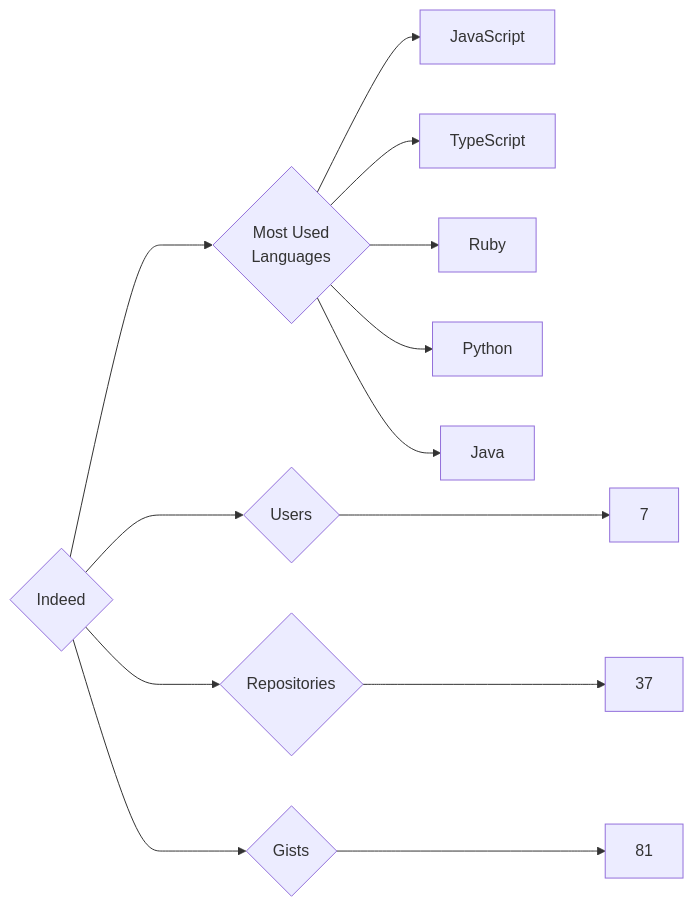
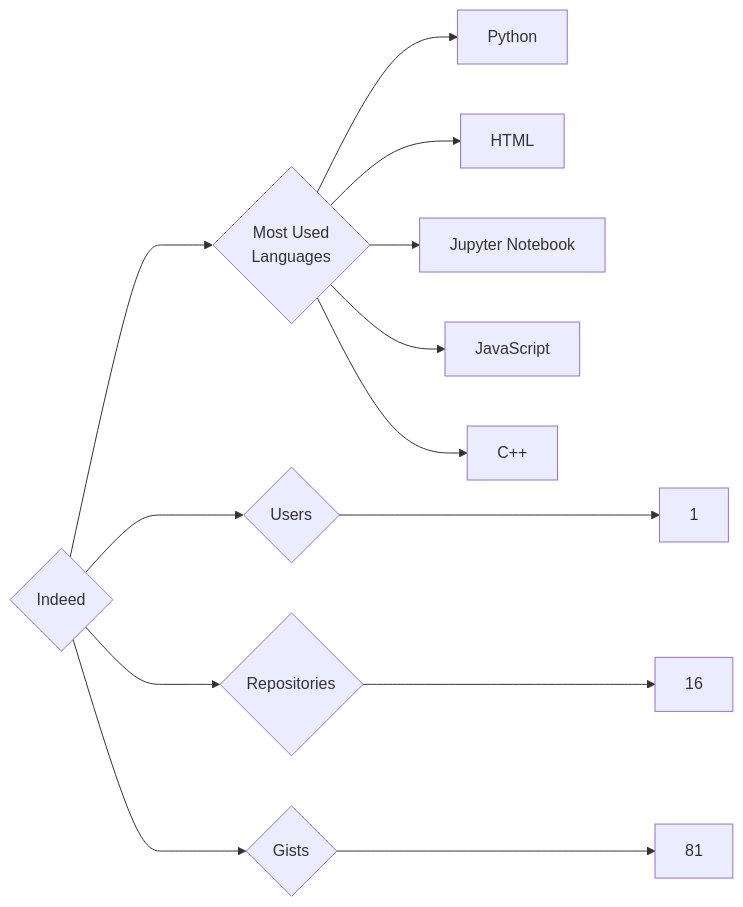
The diagram in targets/Indeed/README.md (trickest/insiders), drawn with Mermaid before and after one commit. The commit also changed 914 other files, not shown here.

````diff
--- a/targets/Indeed/README.md
+++ b/targets/Indeed/README.md
@@ -3,13 +3,13 @@
 ```mermaid
 graph LR
 COMPANY_NAME{Indeed}
-COMPANY_NAME ---> U{Users} ---> UN[7]
-COMPANY_NAME ---> R{Repositories} ---> RN[37]
+COMPANY_NAME ---> U{Users} ---> UN[1]
+COMPANY_NAME ---> R{Repositories} ---> RN[16]
 COMPANY_NAME ---> G{Gists} ---> GN[81]
 COMPANY_NAME ---> ML{Most Used<br>Languages}
+ML --> Python[Python]
+ML --> HTML[HTML]
+ML --> Jupyter_Notebook[Jupyter Notebook]
 ML --> JavaScript[JavaScript]
-ML --> TypeScript[TypeScript]
-ML --> Ruby[Ruby]
-ML --> Python[Python]
-ML --> Java[Java]
+ML --> C++[C++]
 ```
````
